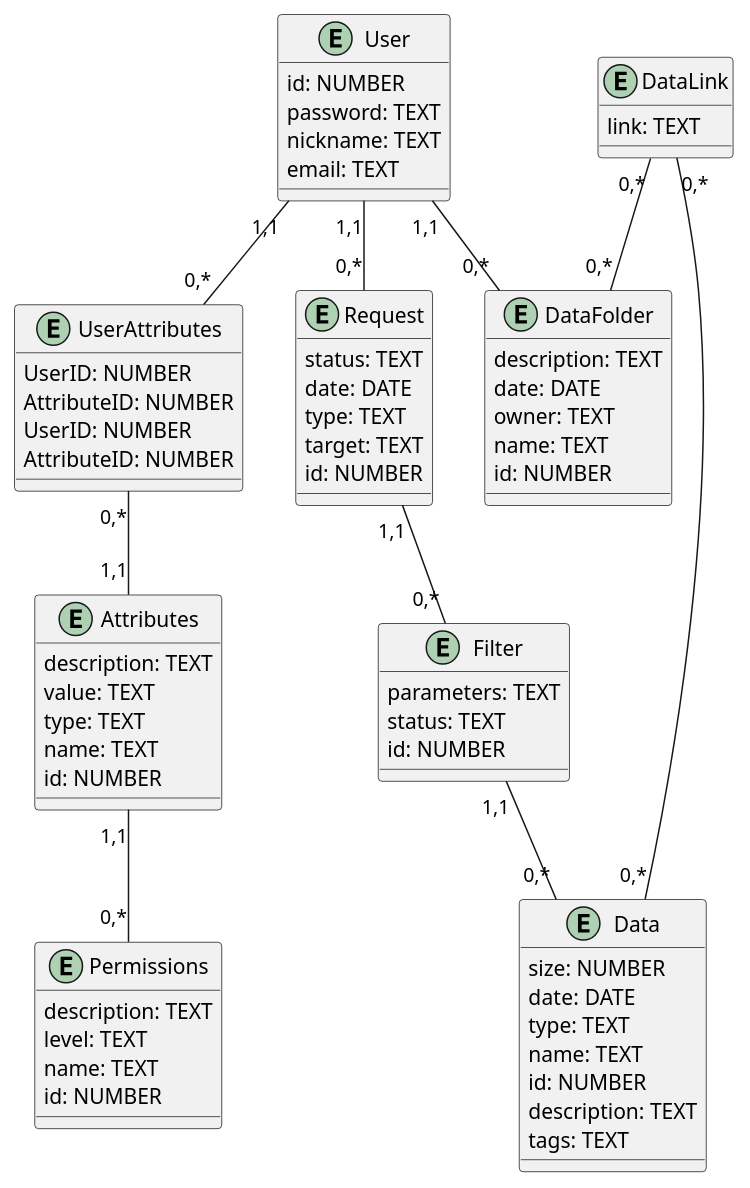
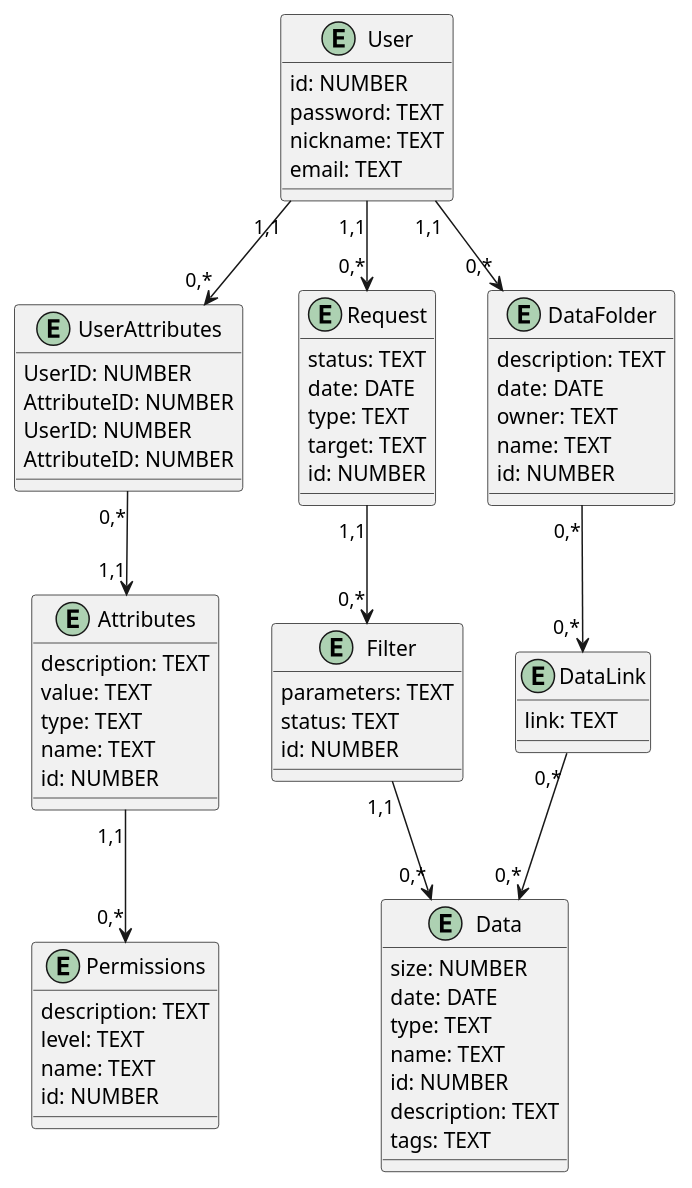
One commit to edu-db/edu_db_labs changed the second of 2 diagrams in docs/design/README.md. Above: the diagram before and after it, drawn with PlantUML.

Commit message:
feat: add direction for relationships

```diff
--- a/docs/design/README.md
+++ b/docs/design/README.md
@@ -118,4 +118,4 @@
-  @startuml
+@startuml
 
 entity User  {
     id: NUMBER
@@ -185,15 +185,15 @@
     link: TEXT
 }
 
-User "1,1" -- "0,*" UserAttributes
-User "1,1" -- "0,*" Request
-User "1,1" -- "0,*" DataFolder
-Request "1,1" -- "0,*" Filter
-Filter "1,1" -- "0,*" Data
-UserAttributes "0,*" -- "1,1" Attributes
-Attributes "1,1" -- "0,*" Permissions
+User "1,1" --> "0,*" UserAttributes
+User "1,1" --> "0,*" Request
+User "1,1" --> "0,*" DataFolder
+Request "1,1" --> "0,*" Filter
+Filter "1,1" --> "0,*" Data
+UserAttributes "0,*" --> "1,1" Attributes
+Attributes "1,1" --> "0,*" Permissions
 
-DataLink "0,*" -- "0,*" DataFolder
-DataLink "0,*" -- "0,*" Data
+DataFolder "0,*" --> "0,*" DataLink
+DataLink "0,*" --> "0,*" Data
 
 @enduml
```
